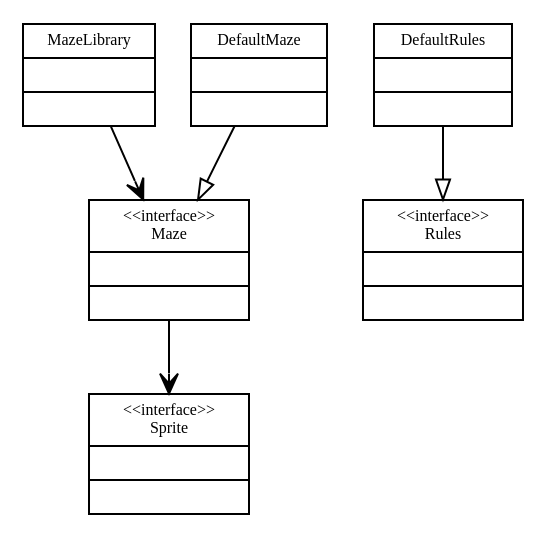
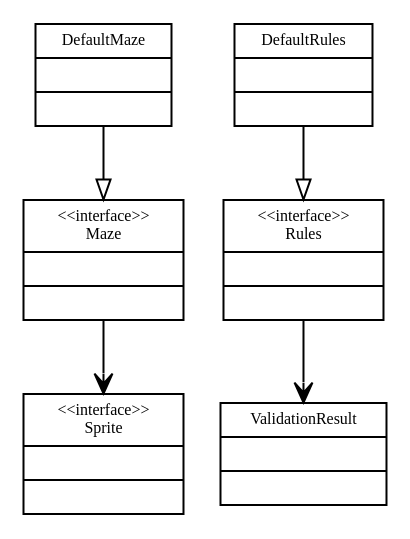
One commit to thomasahle/SokobanExam changed the diagram in SokobanExam/model_uml.dot. Above: the diagram before and after it, drawn with Graphviz. The commit also changed 3 other files, not shown here.

Commit message:
Moved MazeLibrary to default package. Updated uml

```diff
--- a/SokobanExam/model_uml.dot
+++ b/SokobanExam/model_uml.dot
@@ -1,54 +1,54 @@
 digraph G {
         fontname = "Bitstream Vera Sans"
         fontsize = 8
 
         node [
                 fontname = "Bitstream Vera Sans"
                 fontsize = 8
                 shape = "record"
         ]
 
         edge [
                 fontname = "Bitstream Vera Sans"
                 fontsize = 8
         ]
 
         Maze [
                 label = "{\<\<interface\>\>\nMaze|\l|\l}"
         ]
         
         Rules [
                 label = "{\<\<interface\>\>\nRules|\l|\l}"
         ]
         
-        MazeLibrary [
-                label = "{MazeLibrary|\l|\l}"
-        ]
-        
         DefaultMaze [
                 label = "{DefaultMaze|\l|\l}"
         ]
         
         DefaultRules [
                 label = "{DefaultRules|\l|\l}"
         ]
         
         Sprite [
                 label = "{\<\<interface\>\>\nSprite|\l|\l}"
+        ]
+        
+        ValidationResult [
+                label = "{ValidationResult|\l|\l}"
         ]
         
         
         edge [
                 arrowhead = "empty"
         ]
         
         DefaultRules -> Rules
         DefaultMaze -> Maze
         
         edge [
                 arrowhead = "vee"
         ]
         
         Maze -> Sprite
-        MazeLibrary -> Maze
+        Rules -> ValidationResult
 }
```
